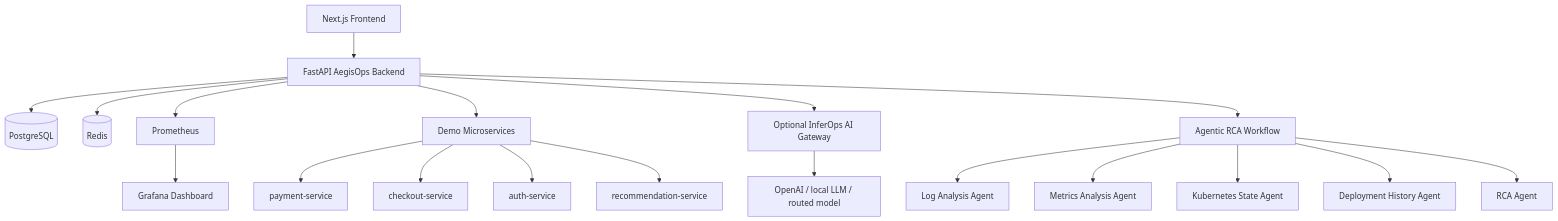
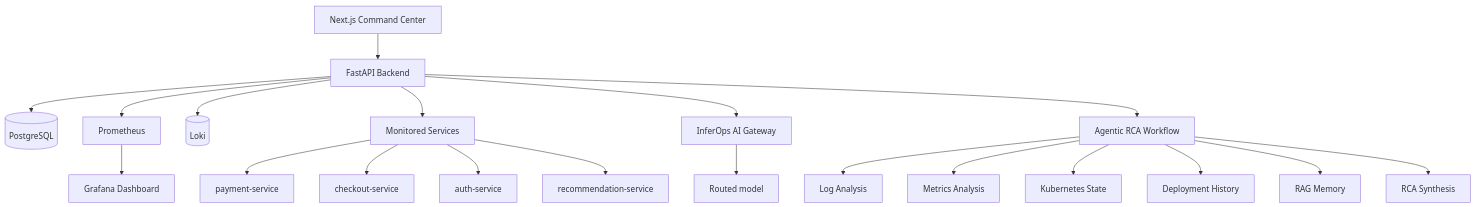
The diagram in README.md (sandipanseal/AegisOps-AI), drawn with Mermaid before and after one commit. The commit also changed other lines of this file and 54 other files, not shown here.

````diff
--- a/README.md
+++ b/README.md
@@ -26,24 +103,25 @@
 ```mermaid
 flowchart TD
-  UI[Next.js Frontend] --> API[FastAPI AegisOps Backend]
+  UI[Next.js Command Center] --> API[FastAPI Backend]
   API --> DB[(PostgreSQL)]
-  API --> Redis[(Redis)]
   API --> P[Prometheus]
-  API --> DS[Demo Microservices]
-  API --> INF[Optional InferOps AI Gateway]
-  INF --> LLM[OpenAI / local LLM / routed model]
+  API --> Loki[(Loki)]
+  API --> SVC[Monitored Services]
+  API --> INF[InferOps AI Gateway]
+  INF --> LLM[Routed model]
 
-  DS --> Payment[payment-service]
-  DS --> Checkout[checkout-service]
-  DS --> Auth[auth-service]
-  DS --> Reco[recommendation-service]
+  SVC --> Payment[payment-service]
+  SVC --> Checkout[checkout-service]
+  SVC --> Auth[auth-service]
+  SVC --> Reco[recommendation-service]
 
   API --> Agents[Agentic RCA Workflow]
-  Agents --> LogAgent[Log Analysis Agent]
-  Agents --> MetricsAgent[Metrics Analysis Agent]
-  Agents --> K8sAgent[Kubernetes State Agent]
-  Agents --> DeployAgent[Deployment History Agent]
-  Agents --> RCAAgent[RCA Agent]
+  Agents --> LogAgent[Log Analysis]
+  Agents --> MetricsAgent[Metrics Analysis]
+  Agents --> K8sAgent[Kubernetes State]
+  Agents --> DeployAgent[Deployment History]
+  Agents --> RagAgent[RAG Memory]
+  Agents --> RCAAgent[RCA Synthesis]
 
   P --> Grafana[Grafana Dashboard]
 ```
````
